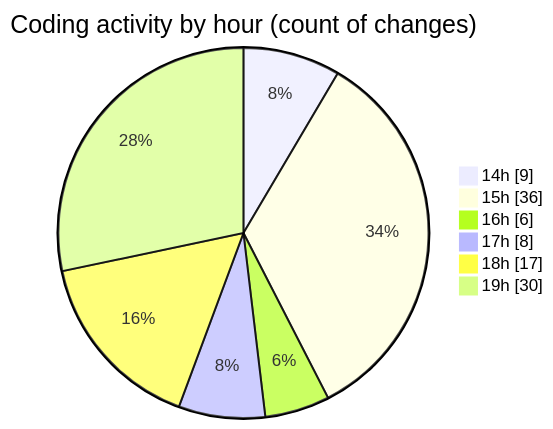
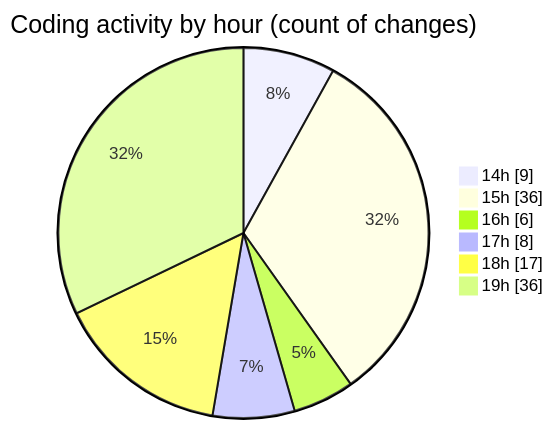
The second of 2 diagrams in 2025-06-17/projects/README.md (Ritupan-Deka/code-tracking), drawn with Mermaid before and after one commit. The commit also changed other lines of this file and 1 other file, not shown here.

````diff
--- a/2025-06-17/projects/README.md
+++ b/2025-06-17/projects/README.md
@@ -29,10 +29,10 @@
 ```mermaid
 pie showData
 title Coding activity by hour (count of changes)
 "14h" : 9
 "15h" : 36
 "16h" : 6
 "17h" : 8
 "18h" : 17
-"19h" : 30
+"19h" : 36
 ```
````
